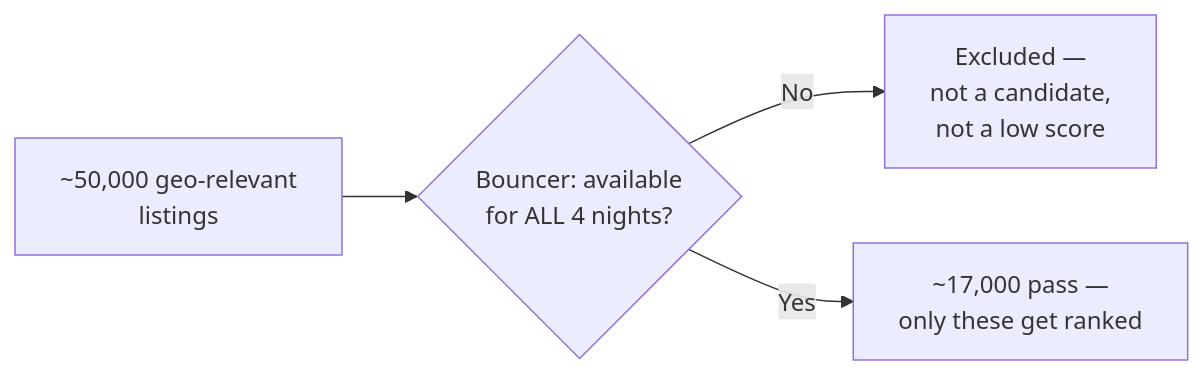
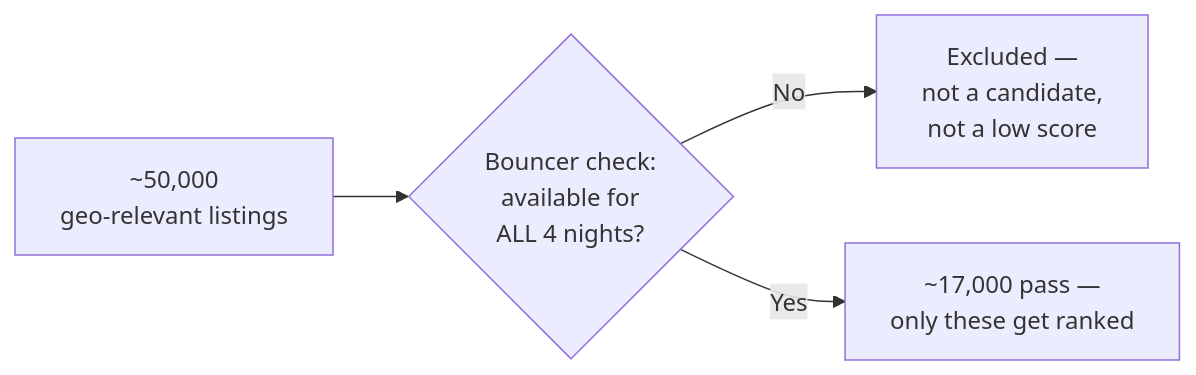
Before and after one commit to riyaz-pasha/Learnings: the fourth of 16 diagrams in system-design/HLD/0-course/52-Design-Airbnb-Search-Ranking-FAANG-Guide-story.md, drawn with Mermaid. The commit also changed other lines of this file and 1 other file, not shown here.

Commit message:
[REWRITE] Airbnb Search Ranking story guide: simplify prose, add structure, fix diagrams

````diff
--- a/system-design/HLD/0-course/52-Design-Airbnb-Search-Ranking-FAANG-Guide-story.md
+++ b/system-design/HLD/0-course/52-Design-Airbnb-Search-Ranking-FAANG-Guide-story.md
@@ -73,6 +178,6 @@
 ```mermaid
 flowchart LR
-    C["~50,000 geo-relevant\nlistings"] --> BOUNCER{"Bouncer: available\nfor ALL 4 nights?"}
-    BOUNCER -->|"No"| OUT["Excluded —\nnot a candidate,\nnot a low score"]
-    BOUNCER -->|"Yes"| IN["~17,000 pass —\nonly these get ranked"]
+    C["~50,000<br/>geo-relevant listings"] --> BOUNCER{"Bouncer check:<br/>available for<br/>ALL 4 nights?"}
+    BOUNCER -->|"No"| OUT["Excluded —<br/>not a candidate,<br/>not a low score"]
+    BOUNCER -->|"Yes"| IN["~17,000 pass —<br/>only these get ranked"]
 ```
````
